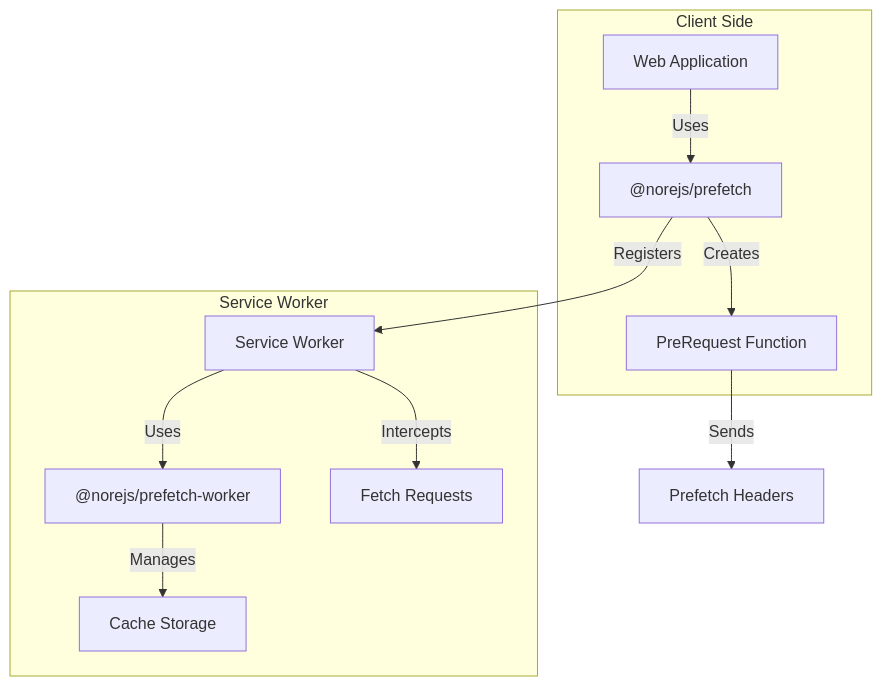
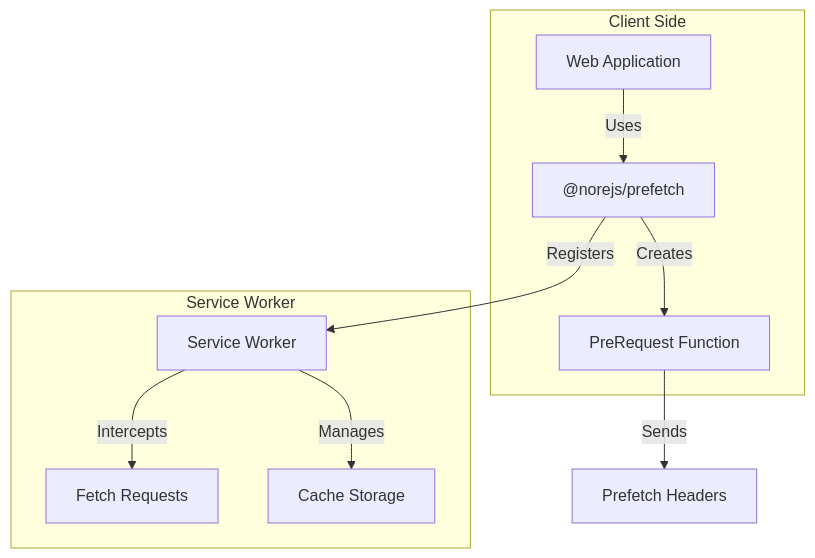
Before and after one commit to norejs/prefetch: the diagram in readme.MD, drawn with Mermaid. The commit also changed other lines of this file and 4 other files, not shown here.

Commit message:
优化文档只暴露一个  @norejs/prefetch

````diff
--- a/readme.MD
+++ b/readme.MD
@@ -46,23 +40,21 @@
 ```mermaid
 graph TB
     A[Web Application] -->|Uses| B["@norejs/prefetch"]
     B -->|Registers| C[Service Worker]
-    C -->|Uses| D["@norejs/prefetch-worker"]
-    B -->|Creates| E[PreRequest Function]
-    E -->|Sends| F[Prefetch Headers]
-    C -->|Intercepts| G[Fetch Requests]
-    D -->|Manages| H[Cache Storage]
+    B -->|Creates| D[PreRequest Function]
+    D -->|Sends| E[Prefetch Headers]
+    C -->|Intercepts| F[Fetch Requests]
+    C -->|Manages| G[Cache Storage]
     
     subgraph "Client Side"
         A
         B
-        E
+        D
     end
     
     subgraph "Service Worker"
         C
-        D
+        F
         G
-        H
     end
 ```
````
